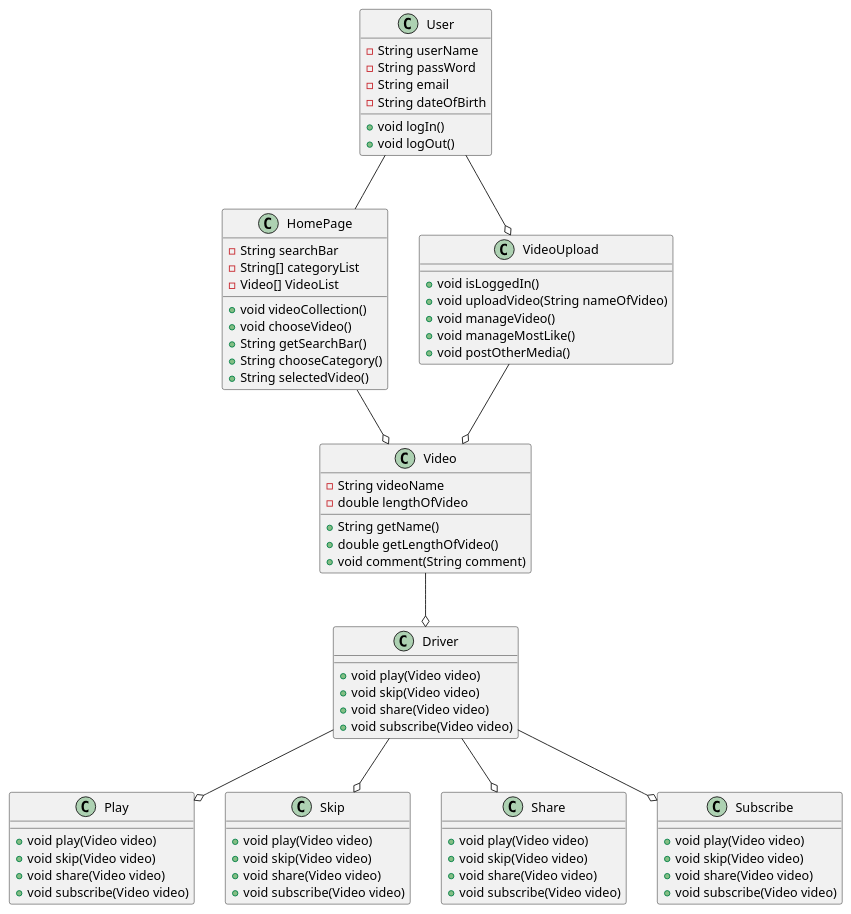
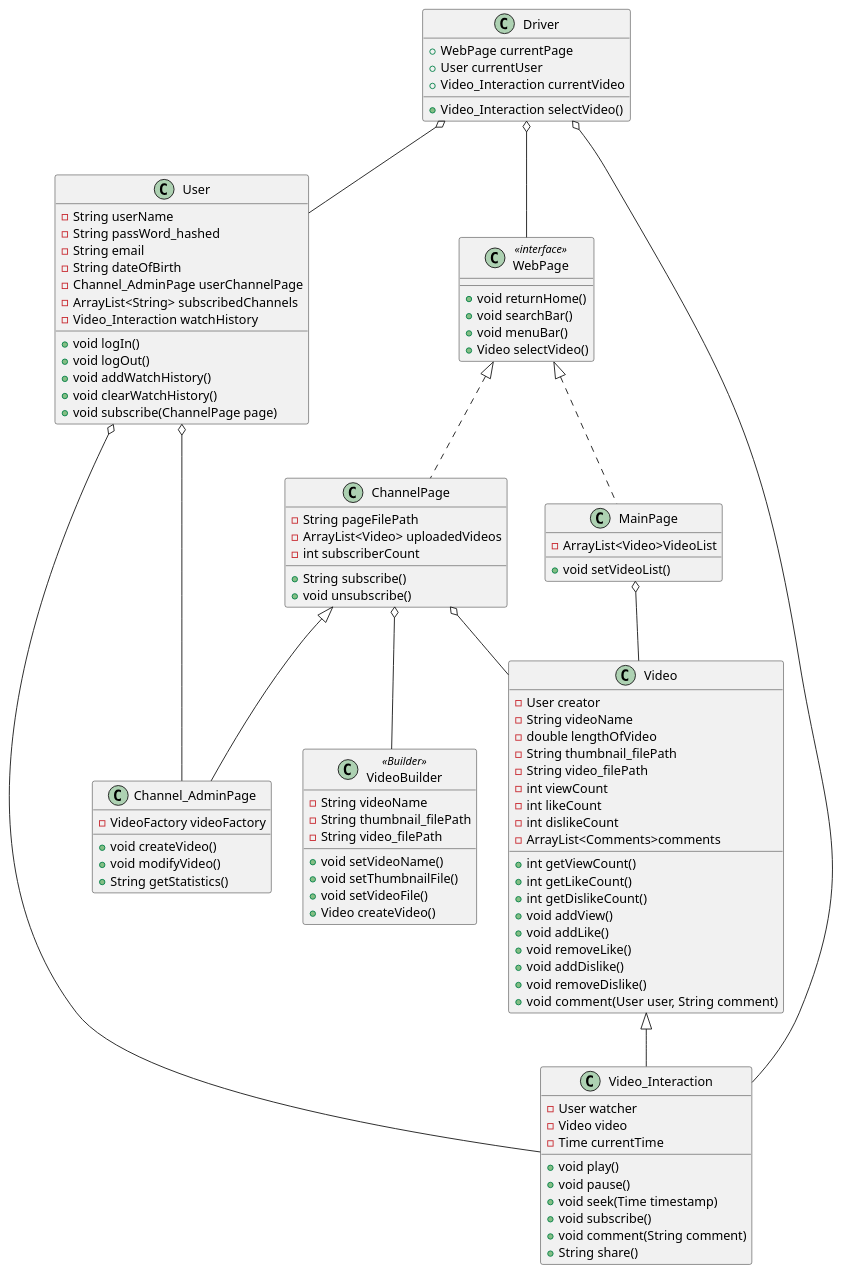
One commit to HsiehGrace/CS5800_Quiz3 changed the diagram in Youtube_ClassDiagram.puml. Above: the diagram before and after it, drawn with PlantUML.

Commit message:
ClassDiagram

```diff
--- a/Youtube_ClassDiagram.puml
+++ b/Youtube_ClassDiagram.puml
@@ -1,86 +1,168 @@
 @startuml
 
 class User{
     -String userName
-    -String passWord
+    -String passWord_hashed
     -String email
     -String dateOfBirth
+    -Channel_AdminPage userChannelPage
+    -ArrayList<String> subscribedChannels
+    -Video_Interaction watchHistory
     +void logIn()
     +void logOut()
-}
-
-class HomePage{
-    -String searchBar
-    -String[] categoryList
-    -Video[] VideoList
-    +void videoCollection()
-    +void chooseVideo()
-    +String getSearchBar()
-    +String chooseCategory()
-    +String selectedVideo()
-}
-
-class VideoUpload{
-    +void isLoggedIn()
-    +void uploadVideo(String nameOfVideo)
-    +void manageVideo()
-    +void manageMostLike()
-    +void postOtherMedia()
-}
-
-class Video{
-    -String videoName
-    -double lengthOfVideo
-    +String getName()
-    +double getLengthOfVideo()
-    +void comment(String comment)
+    +void addWatchHistory()
+    +void clearWatchHistory()
+    +void subscribe(ChannelPage page)
 }
 
 
-class Driver{
-    +void play(Video video)
-    +void skip(Video video)
-    +void share(Video video)
-    +void subscribe(Video video)
+class Video{
+    -User creator
+    -String videoName
+    -double lengthOfVideo
+    -String thumbnail_filePath
+    -String video_filePath
+    -int viewCount
+    -int likeCount
+    -int dislikeCount
+    -ArrayList<Comments>comments
+    +int getViewCount()
+    +int getLikeCount()
+    +int getDislikeCount()
+    +void addView()
+    +void addLike()
+    +void removeLike()
+    +void addDislike()
+    +void removeDislike()
+    +void comment(User user, String comment)
 }
 
-class Play{
-    +void play(Video video)
-    +void skip(Video video)
-    +void share(Video video)
-    +void subscribe(Video video)
+class VideoBuilder <<Builder>>{
+    -String videoName
+    -String thumbnail_filePath
+    -String video_filePath
+    +void setVideoName()
+    +void setThumbnailFile()
+    +void setVideoFile()
+    +Video createVideo()
 }
 
-class Skip{
-    +void play(Video video)
-    +void skip(Video video)
-    +void share(Video video)
-    +void subscribe(Video video)
+class Video_Interaction extends Video{
+    -User watcher
+    -Video video
+    -Time currentTime
+    +void play()
+    +void pause()
+    +void seek(Time timestamp)
+    +void subscribe()
+    +void comment(String comment)
+    +String share()
 }
 
-class Share{
-    +void play(Video video)
-    +void skip(Video video)
-    +void share(Video video)
-    +void subscribe(Video video)
+class WebPage <<interface>> {
+    +void returnHome()
+    +void searchBar()
+    +void menuBar()
+    +Video selectVideo()
 }
-class Subscribe{
-    +void play(Video video)
-    +void skip(Video video)
-    +void share(Video video)
-    +void subscribe(Video video)
+
+class ChannelPage implements WebPage{
+    -String pageFilePath
+    -ArrayList<Video> uploadedVideos
+    -int subscriberCount
+    +String subscribe()
+    +void unsubscribe()
 }
-Driver --o Play
-Driver --o Skip
-Driver --o Share
-Driver --o Subscribe
 
-Video --o Driver
+class Channel_AdminPage extends ChannelPage{
+    -VideoFactory videoFactory
+    +void createVideo()
+    +void modifyVideo()
+    +String getStatistics()
+}
 
-VideoUpload --o Video
-HomePage --o Video
+class MainPage implements WebPage{
+    -ArrayList<Video>VideoList
+    +void setVideoList()
+}
 
-User --o VideoUpload
-User -- HomePage
+User o-- Channel_AdminPage
+User o-- Video_Interaction
+ChannelPage o-- VideoBuilder
+ChannelPage o-- Video
+MainPage o-- Video
+
+class Driver{
+    +WebPage currentPage
+    +User currentUser
+    +Video_Interaction currentVideo
+    +Video_Interaction selectVideo()
+}
+
+Driver o-- WebPage
+Driver o-- User
+Driver o-- Video_Interaction
+
+
+
+
+
+'class HomePage{
+'    -String searchBar
+'    -String[] categoryList
+'    -Video[] VideoList
+'    +void videoCollection()
+'    +void chooseVideo()
+'    +String getSearchBar()
+'    +String chooseCategory()
+'    +String selectedVideo()
+'}
+
+'class Driver{
+'    +void play(Video video)
+'    +void skip(Video video)
+'    +void share(Video video)
+'    +void subscribe(Video video)
+'}
+'
+'class Play{
+'    +void play(Video video)
+'    +void skip(Video video)
+'    +void share(Video video)
+'    +void subscribe(Video video)
+'}
+'
+'class Skip{
+'    +void play(Video video)
+'    +void skip(Video video)
+'    +void share(Video video)
+'    +void subscribe(Video video)
+'}
+'
+'class Share{
+'    +void play(Video video)
+'    +void skip(Video video)
+'    +void share(Video video)
+'    +void subscribe(Video video)
+'}
+'class Subscribe{
+'    +void play(Video video)
+'    +void skip(Video video)
+'    +void share(Video video)
+'    +void subscribe(Video video)
+'}
+
+'Driver --o Play
+'Driver --o Skip
+'Driver --o Share
+'Driver --o Subscribe
+'
+'Video --o Driver
+'
+'VideoUpload --o Video
+'HomePage --o Video
+'
+'User --o VideoUpload
+'User -- HomePage
 
 @enduml
```
